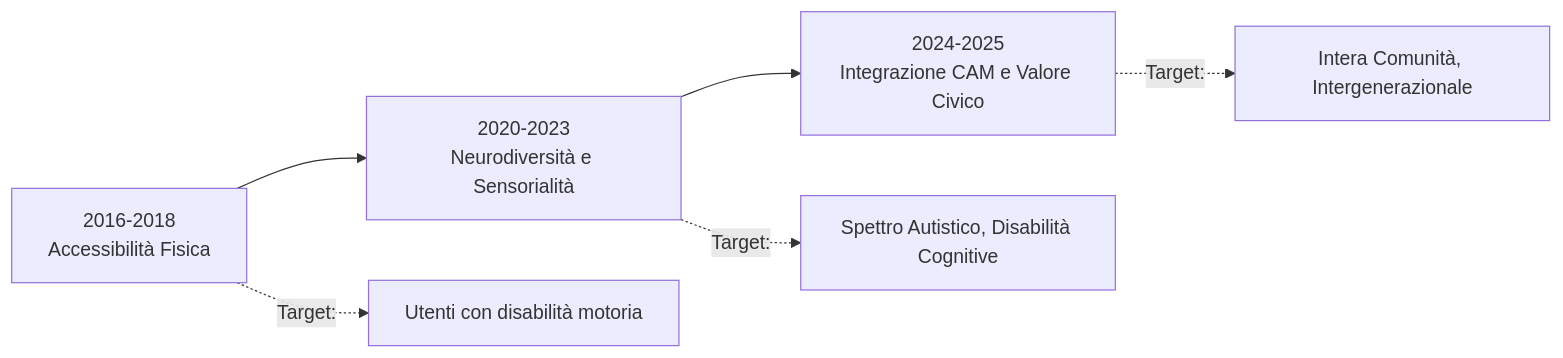
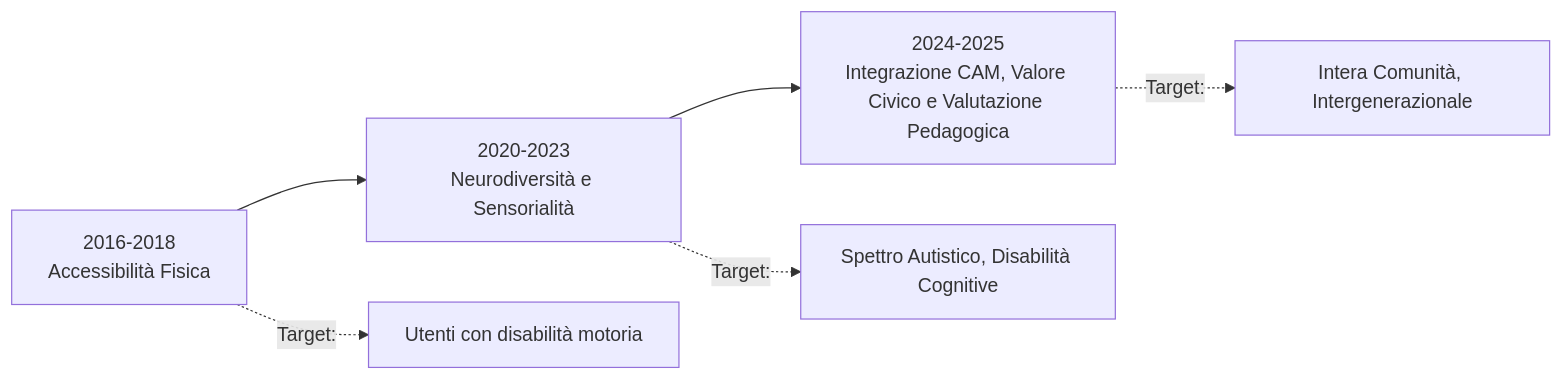
The diagram in content/60 - Approfondimenti/Parchi gioco inclusivi/Sintesi - Evoluzione del Paradigma Inclusivo (2016-2025).md (amagaro/Salvatore_Ricercatore), drawn with Mermaid before and after one commit. The commit also changed other lines of this file and 2 other files, not shown here.

````diff
--- a/content/60 - Approfondimenti/Parchi gioco inclusivi/Sintesi - Evoluzione del Paradigma Inclusivo (2016-2025).md
+++ b/content/60 - Approfondimenti/Parchi gioco inclusivi/Sintesi - Evoluzione del Paradigma Inclusivo (2016-2025).md
@@ -13,9 +13,9 @@
 ```mermaid
 graph LR
     A["2016-2018<br/>Accessibilità Fisica"] --> B["2020-2023<br/>Neurodiversità e Sensorialità"]
-    B --> C["2024-2025<br/>Integrazione CAM e Valore Civico"]
+    B --> C["2024-2025<br/>Integrazione CAM, Valore Civico e Valutazione Pedagogica"]
     
     A -.->|Target:| D["Utenti con disabilità motoria"]
     B -.->|Target:| E["Spettro Autistico, Disabilità Cognitive"]
     C -.->|Target:| F["Intera Comunità, Intergenerazionale"]
 ```
````
